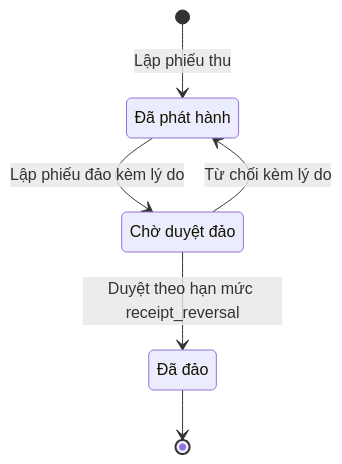
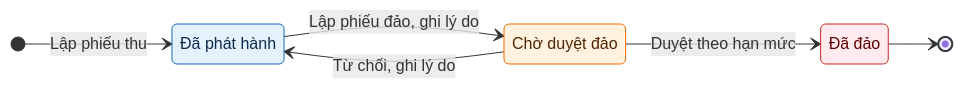
The third of 12 diagrams in tai_lieu/34_TONG_HOP_CHUC_NANG_HE_THONG/05_TAI_CHINH_NHAN_SU_HAU_CAN.md (luckyshopvn/school_management), drawn with Mermaid before and after one commit. The commit also changed other lines of this file and 8 other files, not shown here.

````diff
--- a/tai_lieu/34_TONG_HOP_CHUC_NANG_HE_THONG/05_TAI_CHINH_NHAN_SU_HAU_CAN.md
+++ b/tai_lieu/34_TONG_HOP_CHUC_NANG_HE_THONG/05_TAI_CHINH_NHAN_SU_HAU_CAN.md
@@ -517,11 +576,23 @@
 ```mermaid
 stateDiagram-v2
+  direction LR
+  classDef nhap fill:#eceff1,stroke:#546e7a,color:#263238
+  classDef cho fill:#fff3e0,stroke:#ef6c00,color:#4e2600
+  classDef dang fill:#e3f2fd,stroke:#1565c0,color:#0d2a4a
+  classDef xong fill:#e8f5e9,stroke:#2e7d32,color:#1b3d1d,font-weight:bold
+  classDef huy fill:#ffebee,stroke:#c62828,color:#5f0000
+
   state "Đã phát hành" as r_issued
   state "Chờ duyệt đảo" as r_pending
   state "Đã đảo" as r_reversed
-  [*] --> r_issued: Lập phiếu thu
-  r_issued --> r_pending: Lập phiếu đảo kèm lý do
-  r_pending --> r_reversed: Duyệt theo hạn mức receipt_reversal
-  r_pending --> r_issued: Từ chối kèm lý do
+
+  [*] --> r_issued : Lập phiếu thu
+  r_issued --> r_pending : Lập phiếu đảo, ghi lý do
+  r_pending --> r_reversed : Duyệt theo hạn mức
+  r_pending --> r_issued : Từ chối, ghi lý do
   r_reversed --> [*]
+
+  class r_issued dang
+  class r_pending cho
+  class r_reversed huy
 ```
````
